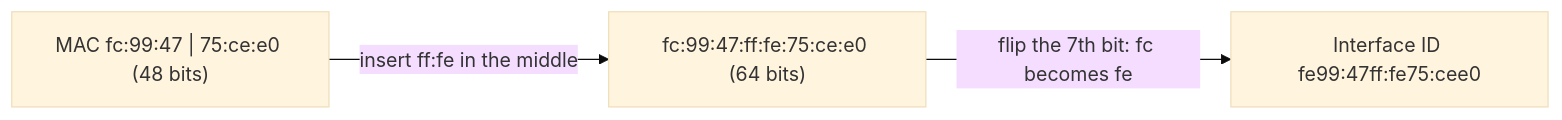
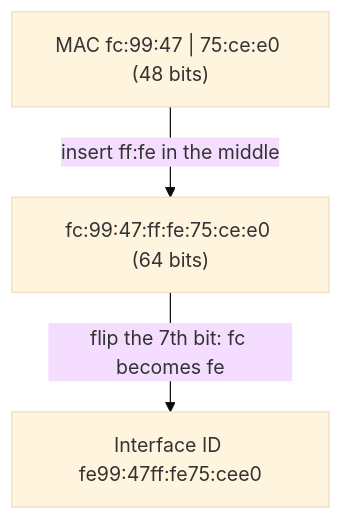
Before and after one commit to FahimMashroor/Chalmers_CSC: diagram 13 of 37 in EDA387-Computer-Networks/03-IPv6.md, drawn with Mermaid (base theme). The commit also changed other lines of this file, not shown here.

Commit message:
Rewrite 03 IPv6 in simple language with examples and diagrams

````diff
--- a/EDA387-Computer-Networks/03-IPv6.md
+++ b/EDA387-Computer-Networks/03-IPv6.md
@@ -447,5 +639,5 @@
 ```mermaid
-flowchart LR
+flowchart TD
   mac["MAC fc:99:47 | 75:ce:e0 (48 bits)"] -->|"insert ff:fe in the middle"| mid["fc:99:47:ff:fe:75:ce:e0 (64 bits)"]
   mid -->|"flip the 7th bit: fc becomes fe"| id["Interface ID fe99:47ff:fe75:cee0"]
 ```
````
